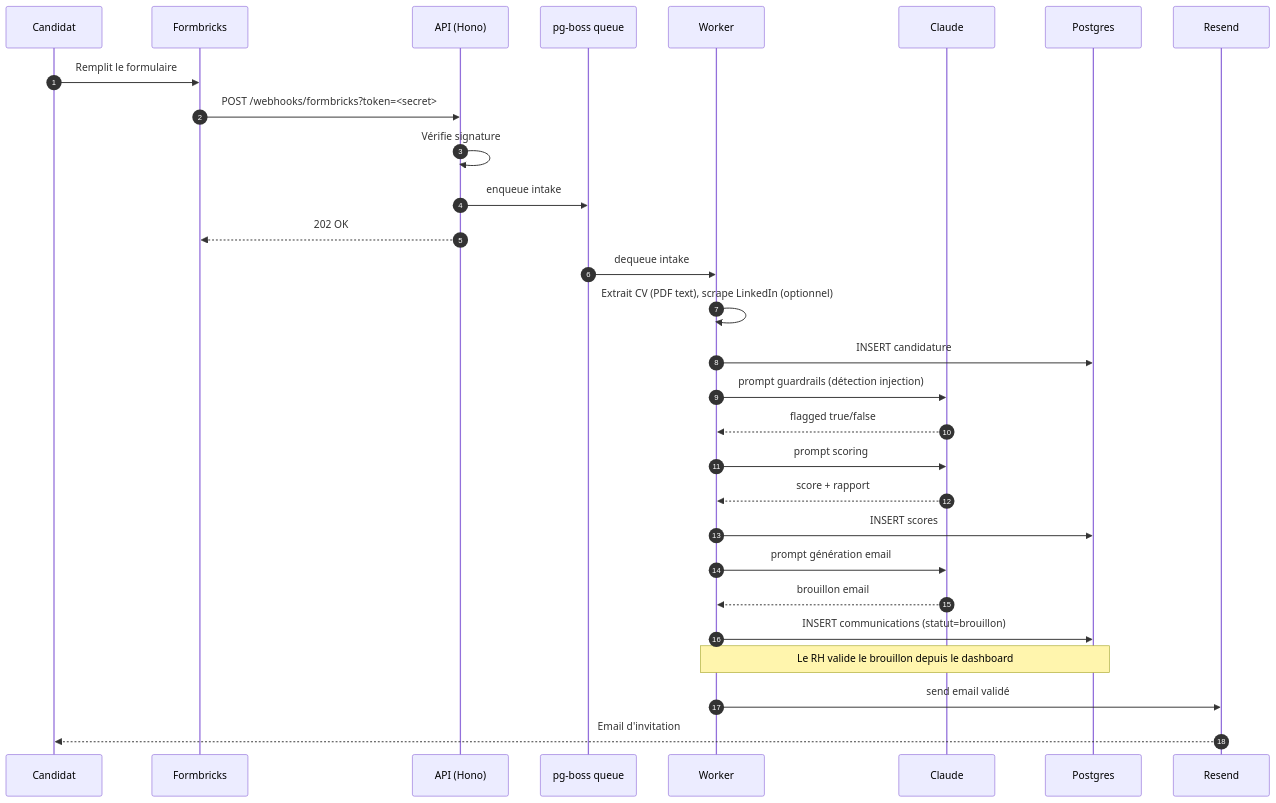
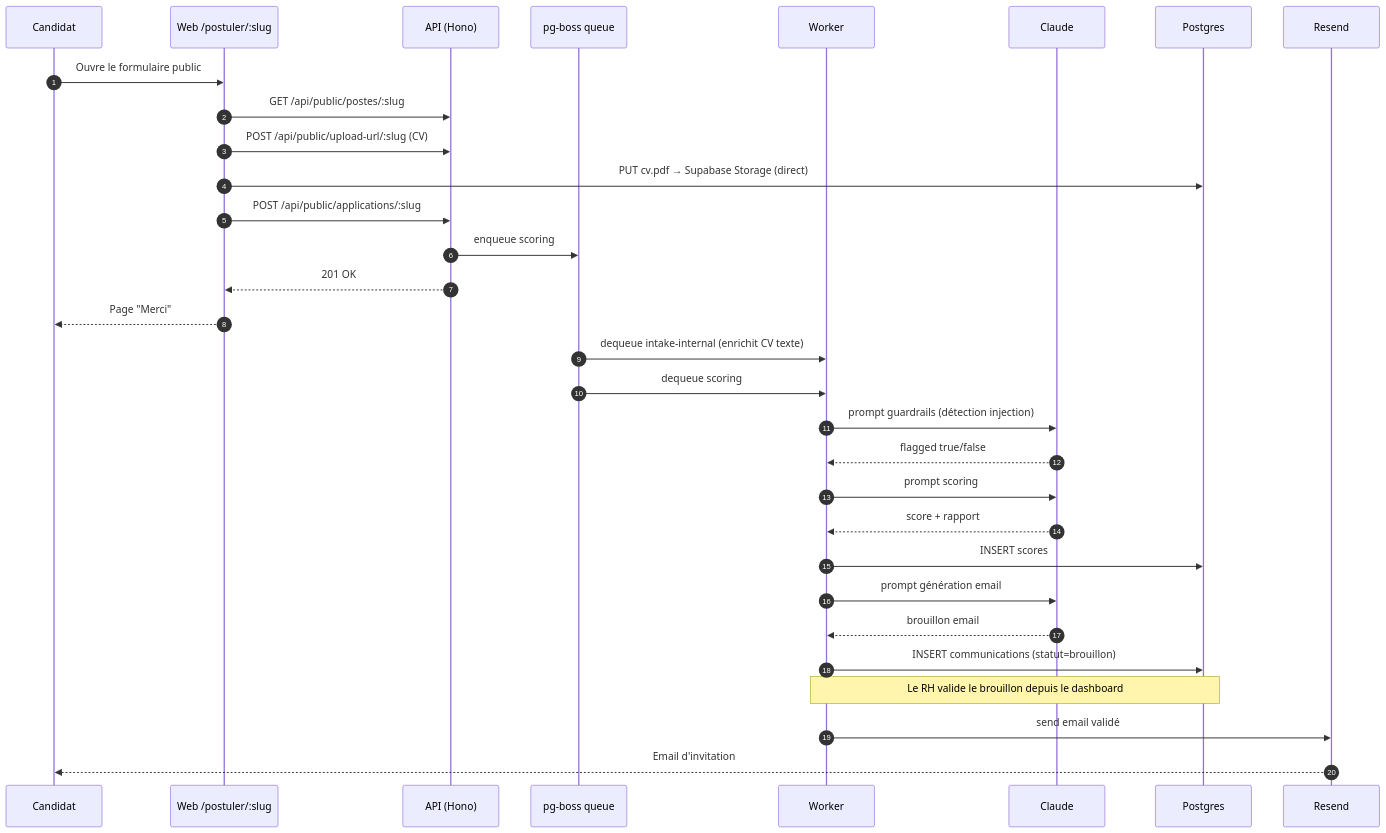
The third of 5 diagrams in docs/01-comprendre/architecture.md (EnzoDnt/rh-system), drawn with Mermaid before and after one commit. The commit also changed other lines of this file and 3 other files, not shown here.

````diff
--- a/docs/01-comprendre/architecture.md
+++ b/docs/01-comprendre/architecture.md
@@ -126,32 +123,34 @@
 ```mermaid
 sequenceDiagram
     autonumber
     participant C as Candidat
-    participant FB as Formbricks
+    participant W as Web /postuler/:slug
     participant API as API (Hono)
     participant Q as pg-boss queue
-    participant W as Worker
+    participant WK as Worker
     participant Cl as Claude
     participant DB as Postgres
     participant R as Resend
 
-    C->>FB: Remplit le formulaire
-    FB->>API: POST /webhooks/formbricks?token=<secret>
-    API->>API: Vérifie signature
-    API->>Q: enqueue intake
-    API-->>FB: 202 OK
-    Q->>W: dequeue intake
-    W->>W: Extrait CV (PDF text), scrape LinkedIn (optionnel)
-    W->>DB: INSERT candidature
-    W->>Cl: prompt guardrails (détection injection)
-    Cl-->>W: flagged true/false
-    W->>Cl: prompt scoring
-    Cl-->>W: score + rapport
-    W->>DB: INSERT scores
-    W->>Cl: prompt génération email
-    Cl-->>W: brouillon email
-    W->>DB: INSERT communications (statut=brouillon)
-    Note over W,DB: Le RH valide le brouillon depuis le dashboard
-    W->>R: send email validé
+    C->>W: Ouvre le formulaire public
+    W->>API: GET /api/public/postes/:slug
+    W->>API: POST /api/public/upload-url/:slug (CV)
+    W->>DB: PUT cv.pdf → Supabase Storage (direct)
+    W->>API: POST /api/public/applications/:slug
+    API->>Q: enqueue scoring
+    API-->>W: 201 OK
+    W-->>C: Page "Merci"
+    Q->>WK: dequeue intake-internal (enrichit CV texte)
+    Q->>WK: dequeue scoring
+    WK->>Cl: prompt guardrails (détection injection)
+    Cl-->>WK: flagged true/false
+    WK->>Cl: prompt scoring
+    Cl-->>WK: score + rapport
+    WK->>DB: INSERT scores
+    WK->>Cl: prompt génération email
+    Cl-->>WK: brouillon email
+    WK->>DB: INSERT communications (statut=brouillon)
+    Note over WK,DB: Le RH valide le brouillon depuis le dashboard
+    WK->>R: send email validé
     R-->>C: Email d'invitation
 ```
````
